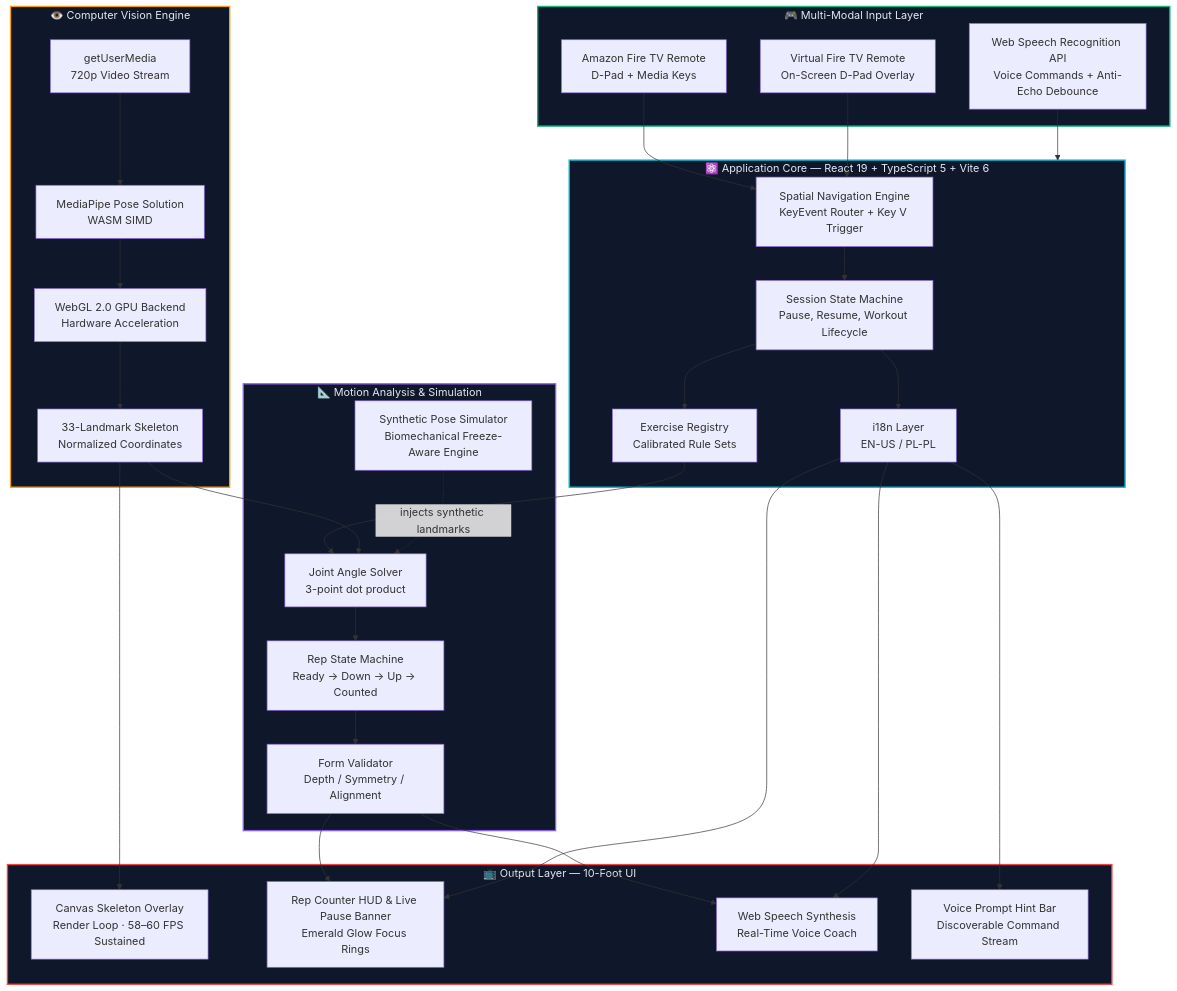
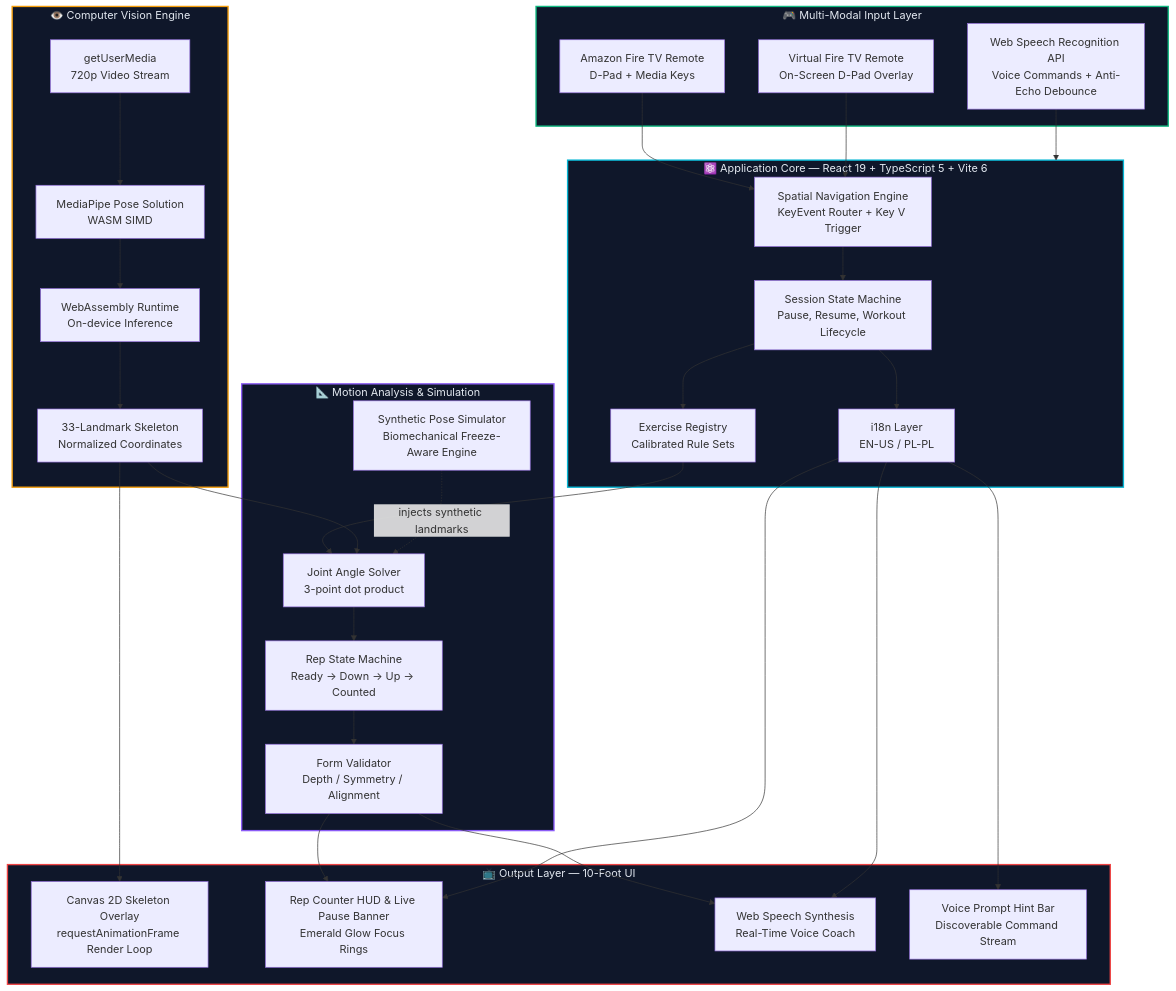
The first of 4 diagrams in README.md (AdamBabinicz/pulsemotion-firetv), drawn with Mermaid before and after one commit. The commit also changed other lines of this file and 10 other files, not shown here.

````diff
--- a/README.md
+++ b/README.md
@@ -176,59 +176,59 @@
 ```mermaid
 flowchart TD
     subgraph INPUT["🎮 Multi-Modal Input Layer"]
         A1["Amazon Fire TV Remote<br/>D-Pad + Media Keys"]
         A2["Web Speech Recognition API<br/>Voice Commands + Anti-Echo Debounce"]
         A3["Virtual Fire TV Remote<br/>On-Screen D-Pad Overlay"]
     end
 
     subgraph CORE["⚛️ Application Core — React 19 + TypeScript 5 + Vite 6"]
         B1["Spatial Navigation Engine<br/>KeyEvent Router + Key V Trigger"]
         B2["Session State Machine<br/>Pause, Resume, Workout Lifecycle"]
         B3["i18n Layer<br/>EN-US / PL-PL"]
         B4["Exercise Registry<br/>Calibrated Rule Sets"]
     end
 
     subgraph VISION["👁️ Computer Vision Engine"]
         C1["getUserMedia<br/>720p Video Stream"]
         C2["MediaPipe Pose Solution<br/>WASM SIMD"]
-        C3["WebGL 2.0 GPU Backend<br/>Hardware Acceleration"]
+        C3["WebAssembly Runtime<br/>On-device Inference"]
         C4["33-Landmark Skeleton<br/>Normalized Coordinates"]
     end
 
     subgraph RULES["📐 Motion Analysis & Simulation"]
         D1["Joint Angle Solver<br/>3-point dot product"]
         D2["Rep State Machine<br/>Ready → Down → Up → Counted"]
         D3["Form Validator<br/>Depth / Symmetry / Alignment"]
         D4["Synthetic Pose Simulator<br/>Biomechanical Freeze-Aware Engine"]
     end
 
     subgraph OUTPUT["📺 Output Layer — 10-Foot UI"]
-        E1["Canvas Skeleton Overlay<br/>Render Loop · 58–60 FPS Sustained"]
+        E1["Canvas 2D Skeleton Overlay<br/>requestAnimationFrame Render Loop"]
         E2["Rep Counter HUD & Live Pause Banner<br/>Emerald Glow Focus Rings"]
         E3["Web Speech Synthesis<br/>Real-Time Voice Coach"]
         E4["Voice Prompt Hint Bar<br/>Discoverable Command Stream"]
     end
 
     A1 --> B1
     A3 --> B1
     A2 --> CORE
     B1 --> B2
     B2 --> B4
     B2 --> B3
     B4 --> D1
     C1 --> C2 --> C3 --> C4 --> D1
     D4 -.->|injects synthetic landmarks| D1
     D1 --> D2 --> D3
     D3 --> E2
     D3 --> E3
     C4 --> E1
     B3 --> E2
     B3 --> E3
     B3 --> E4
 
     style INPUT fill:#0f172a,stroke:#10b981,stroke-width:2px,color:#e2e8f0
     style CORE fill:#0f172a,stroke:#06b6d4,stroke-width:2px,color:#e2e8f0
     style VISION fill:#0f172a,stroke:#f59e0b,stroke-width:2px,color:#e2e8f0
     style RULES fill:#0f172a,stroke:#8b5cf6,stroke-width:2px,color:#e2e8f0
     style OUTPUT fill:#0f172a,stroke:#ef4444,stroke-width:2px,color:#e2e8f0
 ```
````
